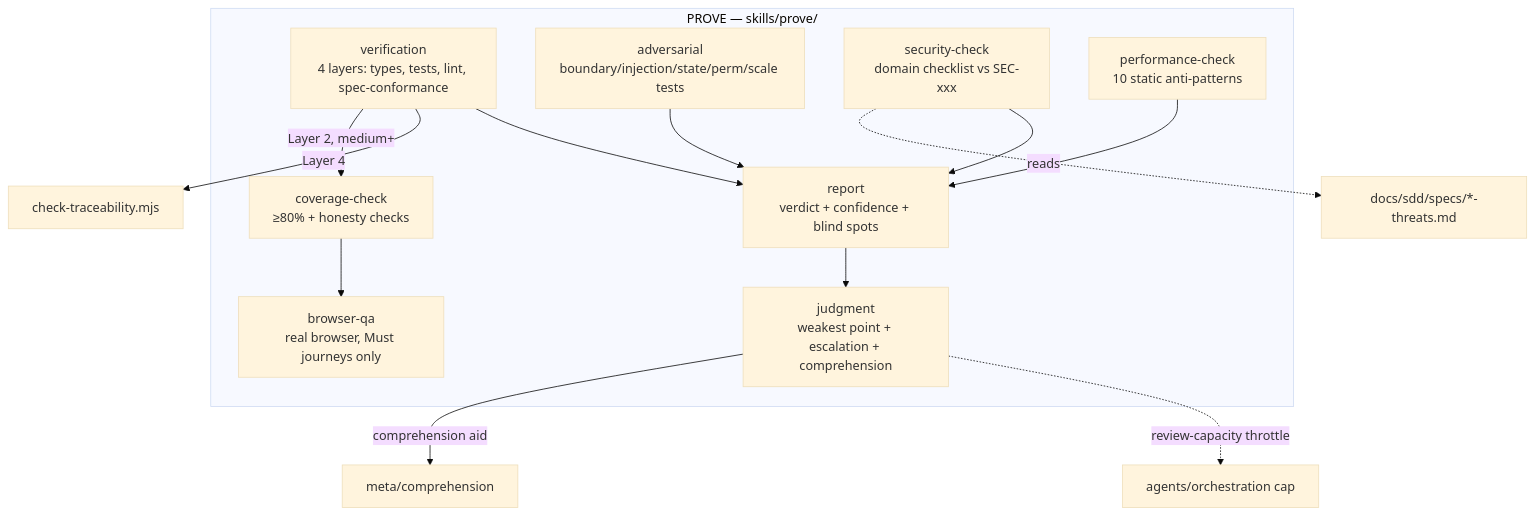
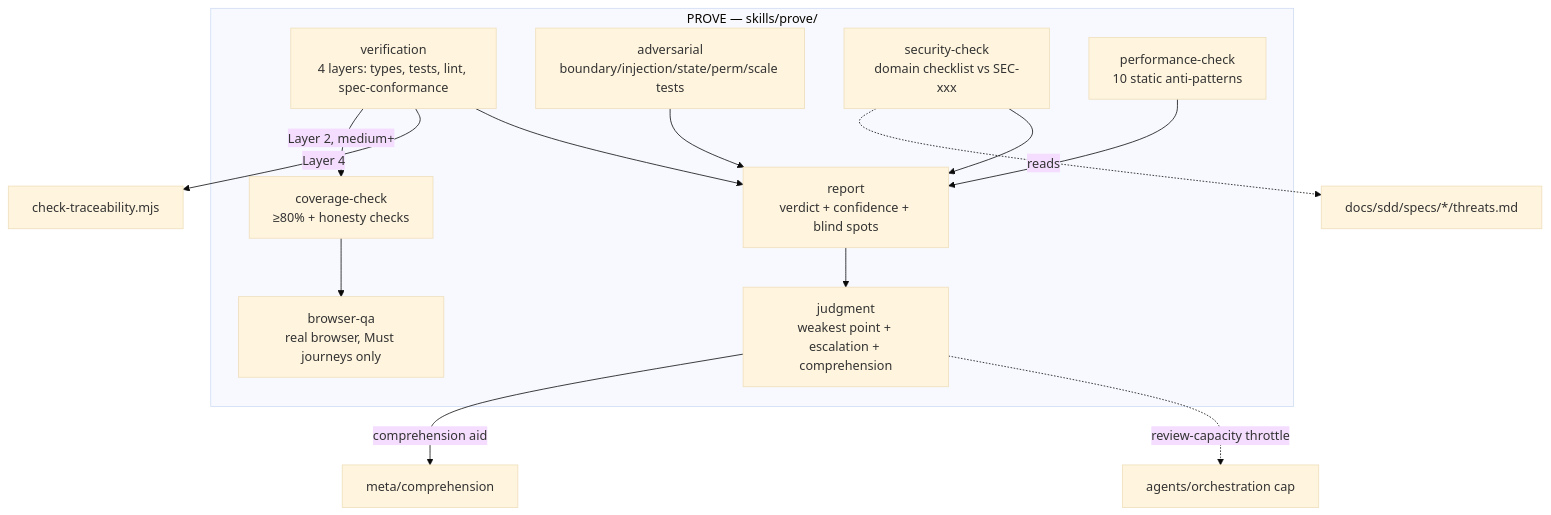
Before and after one commit to fprtm/sdd-pipeline: the fifth of 14 diagrams in docs/ARCHITECTURE.md, drawn with Mermaid (base theme). The commit also changed other lines of this file and 31 other files, not shown here.

````diff
--- a/docs/ARCHITECTURE.md
+++ b/docs/ARCHITECTURE.md
@@ -213,22 +213,22 @@
 ```mermaid
 flowchart TD
     subgraph PROVE["PROVE — skills/prove/"]
         VERIFY["verification\n4 layers: types, tests, lint, spec-conformance"]
         COV["coverage-check\n≥80% + honesty checks"]
         ADV["adversarial\nboundary/injection/state/perm/scale tests"]
         SEC["security-check\ndomain checklist vs SEC-xxx"]
         PERF["performance-check\n10 static anti-patterns"]
         BQA["browser-qa\nreal browser, Must journeys only"]
         REPORT["report\nverdict + confidence + blind spots"]
         JUDGE["judgment\nweakest point + escalation + comprehension"]
     end
 
     VERIFY -->|"Layer 2, medium+"| COV
     COV --> BQA
     VERIFY -->|"Layer 4"| TRACECHK["check-traceability.mjs"]
-    SEC -.reads.-> THREATDOC["docs/sdd/specs/*-threats.md"]
+    SEC -.reads.-> THREATDOC["docs/sdd/specs/*/threats.md"]
     VERIFY & ADV & SEC & PERF --> REPORT
     REPORT --> JUDGE
     JUDGE -->|"comprehension aid"| COMP["meta/comprehension"]
     JUDGE -.review-capacity throttle.-> ORCH2["agents/orchestration cap"]
 ```
````
